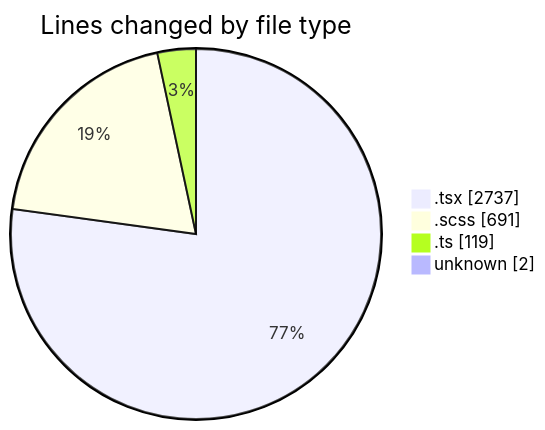
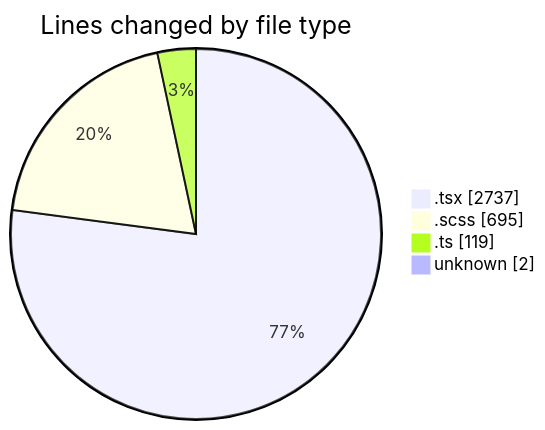
One commit to momahboobian/code-tracking changed the first of 2 diagrams in 2025-06-13/cda/README.md. Above: the diagram before and after it, drawn with Mermaid. The commit also changed other lines of this file and 1 other file, not shown here.

````diff
--- a/2025-06-13/cda/README.md
+++ b/2025-06-13/cda/README.md
@@ -33,8 +33,8 @@
 ```mermaid
 pie showData
 title Lines changed by file type
 ".tsx" : 2737
-".scss" : 691
+".scss" : 695
 ".ts" : 119
 "unknown" : 2
 ```
````
